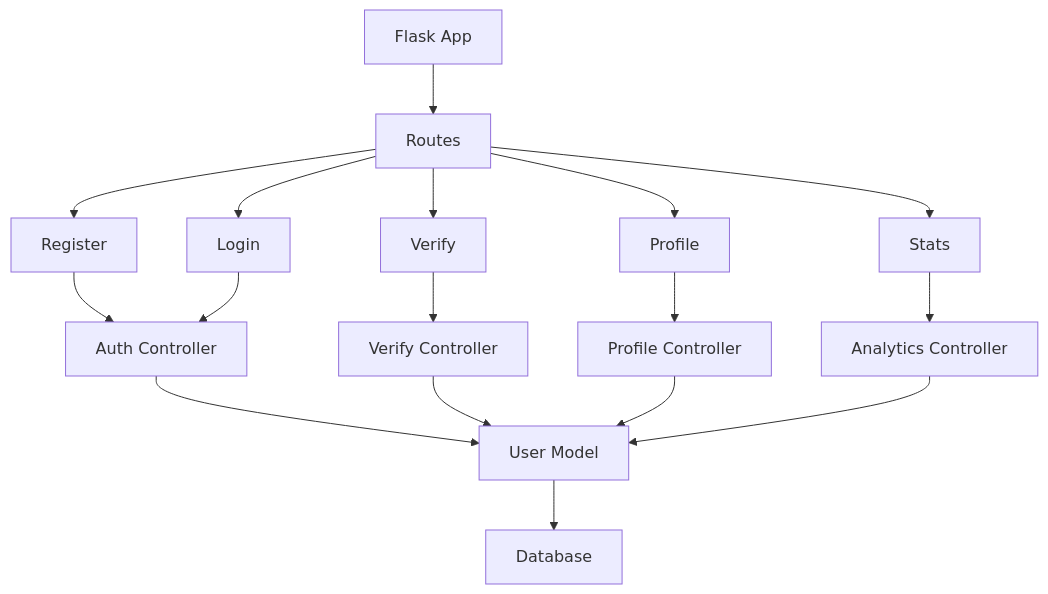
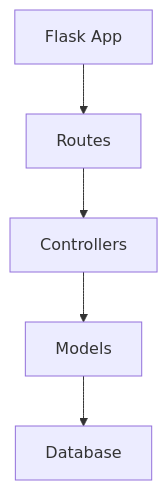
Before and after one commit to BTech20/biometric-auth-system: the third of 15 diagrams in ARCHITECTURE.md, drawn with Mermaid. The commit also changed other lines of this file, not shown here.

First line of the commit message:
Ultra-simplify Mermaid diagrams to basic graph syntax

````diff
--- a/ARCHITECTURE.md
+++ b/ARCHITECTURE.md
@@ -86,19 +67,7 @@
 ```mermaid
-flowchart TB
+graph TD
     A[Flask App] --> B[Routes]
-    B --> C[Register]
-    B --> D[Login]
-    B --> E[Verify]
-    B --> F[Profile]
-    B --> G[Stats]
-    C --> H[Auth Controller]
-    D --> H
-    E --> I[Verify Controller]
-    F --> J[Profile Controller]
-    G --> K[Analytics Controller]
-    H --> L[User Model]
-    I --> L
-    J --> L
-    K --> L
-    L --> M[Database]
+    B --> C[Controllers]
+    C --> D[Models]
+    D --> E[Database]
 ```
````
